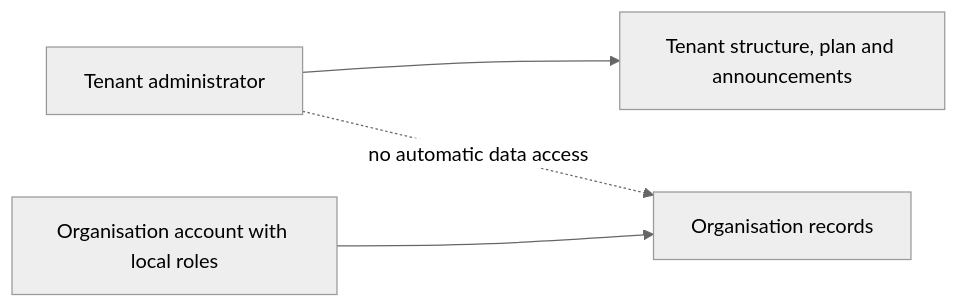
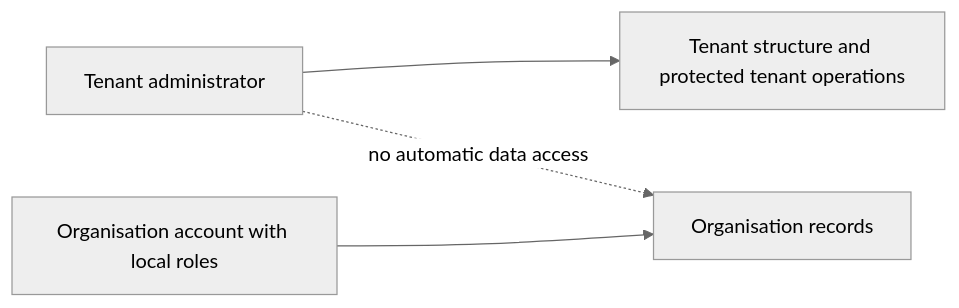
The second of 2 diagrams in docs/specification/02-people-organisations-and-sign-in.md (Abzum-NZ/Abzum-Vortex), drawn with Mermaid (neutral theme) before and after one commit. The commit also changed other lines of this file and 58 other files, not shown here.

````diff
--- a/docs/specification/02-people-organisations-and-sign-in.md
+++ b/docs/specification/02-people-organisations-and-sign-in.md
@@ -40,6 +40,6 @@
 ```mermaid
 flowchart LR
-    TA[Tenant administrator] --> GOV[Tenant structure, plan and announcements]
+    TA[Tenant administrator] --> GOV[Tenant structure and protected tenant operations]
     TA -. no automatic data access .-> DATA[Organisation records]
     OA[Organisation account with local roles] --> DATA
 ```
````
